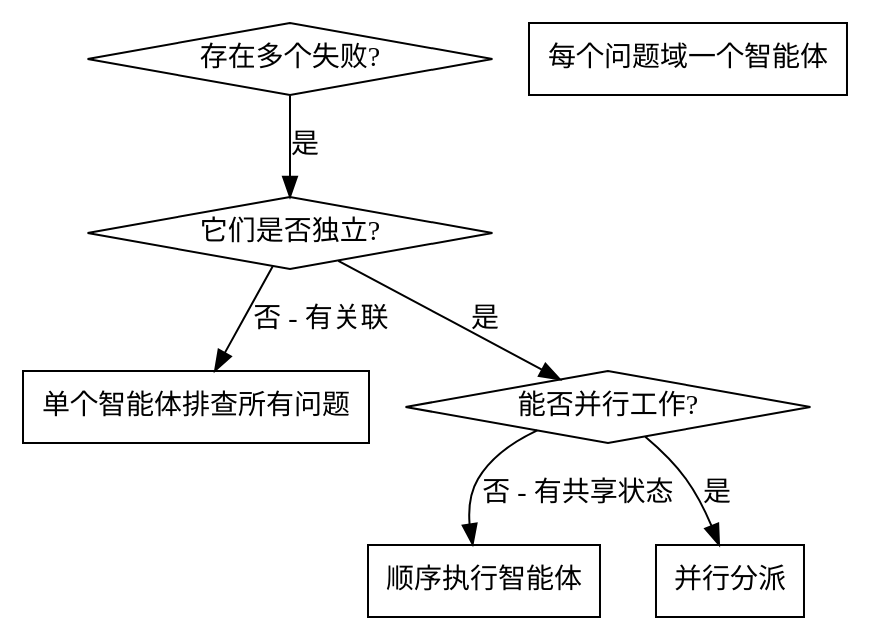
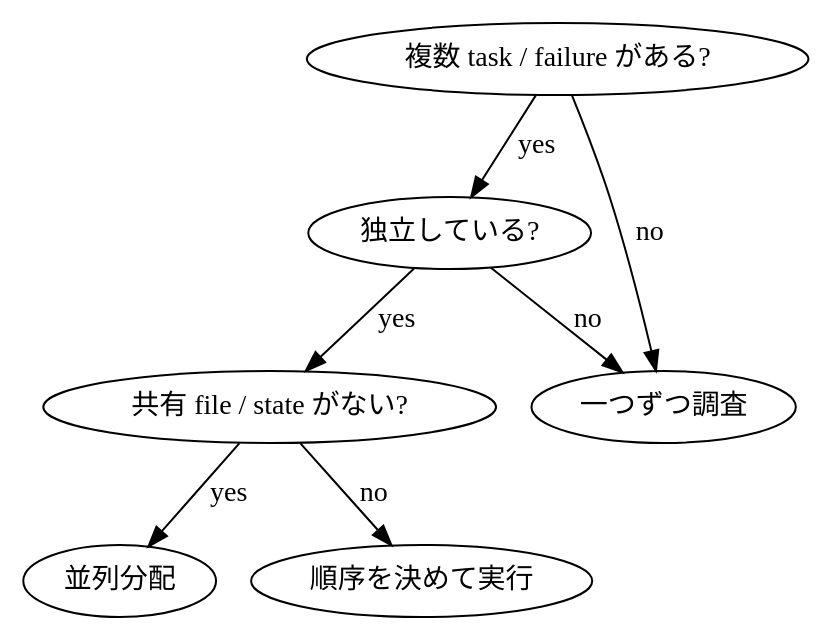
The diagram in skills/dispatching-parallel-agents/SKILL.md (sscodeai/superpowers-ja), drawn with Graphviz before and after one commit. The commit also changed other lines of this file and 2 other files, not shown here.

````diff
--- a/skills/dispatching-parallel-agents/SKILL.md
+++ b/skills/dispatching-parallel-agents/SKILL.md
@@ -18,17 +32,17 @@
 ```dot
-digraph when_to_use {
-    "存在多个失败?" [shape=diamond];
-    "它们是否独立?" [shape=diamond];
-    "单个智能体排查所有问题" [shape=box];
-    "每个问题域一个智能体" [shape=box];
-    "能否并行工作?" [shape=diamond];
-    "顺序执行智能体" [shape=box];
-    "并行分派" [shape=box];
+digraph {
+  start [label="複数 task / failure がある?"];
+  independent [label="独立している?"];
+  shared [label="共有 file / state がない?"];
+  parallel [label="並列分配"];
+  single [label="一つずつ調査"];
+  sequence [label="順序を決めて実行"];
 
-    "存在多个失败?" -> "它们是否独立?" [label="是"];
-    "它们是否独立?" -> "单个智能体排查所有问题" [label="否 - 有关联"];
-    "它们是否独立?" -> "能否并行工作?" [label="是"];
-    "能否并行工作?" -> "并行分派" [label="是"];
-    "能否并行工作?" -> "顺序执行智能体" [label="否 - 有共享状态"];
+  start -> independent [label="yes"];
+  start -> single [label="no"];
+  independent -> shared [label="yes"];
+  independent -> single [label="no"];
+  shared -> parallel [label="yes"];
+  shared -> sequence [label="no"];
 }
 ```
````
